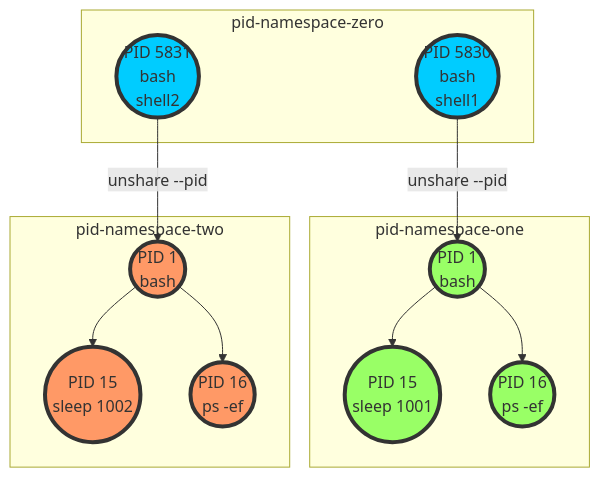
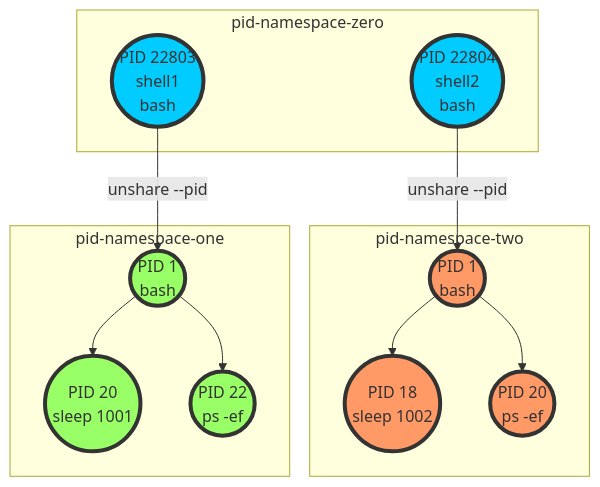
Before and after one commit to amcginlay/k8s-primer: the second of 2 diagrams in content/014_linux_namespaces/_index.md, drawn with Mermaid. The commit also changed other lines of this file and 1 other file, not shown here.

```diff
--- a/content/014_linux_namespaces/_index.md
+++ b/content/014_linux_namespaces/_index.md
@@ -254,28 +541,28 @@
 {{< mermaid >}}
 graph TB
     subgraph pid-namespace-zero
-         proc1((PID 5830<br>bash<br>shell1))
-         proc2((PID 5831<br>bash<br>shell2))
+         proc1((PID 22803<br>shell1<br>bash))
+         proc2((PID 22804<br>shell2<br>bash))
+    end
+    subgraph pid-namespace-two
+         proc6((PID 1<br>bash))
+         proc7((PID 18<br>sleep 1002))
+         proc8((PID 20<br>ps -ef))
     end
     subgraph pid-namespace-one
          proc3((PID 1<br>bash))
-         proc4((PID 15<br>sleep 1001))
-         proc5((PID 16<br>ps -ef))
-    end
-    subgraph pid-namespace-two
-         proc6((PID 1<br>bash))
-         proc7((PID 15<br>sleep 1002))
-         proc8((PID 16<br>ps -ef))
+         proc4((PID 20<br>sleep 1001))
+         proc5((PID 22<br>ps -ef))
     end
 proc1 -->|unshare --pid| proc3
 proc2 -->|unshare --pid| proc6
 proc3 --> proc4 & proc5
 proc6 --> proc7 & proc8
 
 classDef green fill:#9f6,stroke:#333,stroke-width:4px;
 classDef blue fill:#0cf,stroke:#333,stroke-width:4px;
 classDef orange fill:#f96,stroke:#333,stroke-width:4px;
 class proc1,proc2 blue;
 class proc3,proc4,proc5 green;
 class proc6,proc7,proc8 orange;
 {{< /mermaid >}}
```
